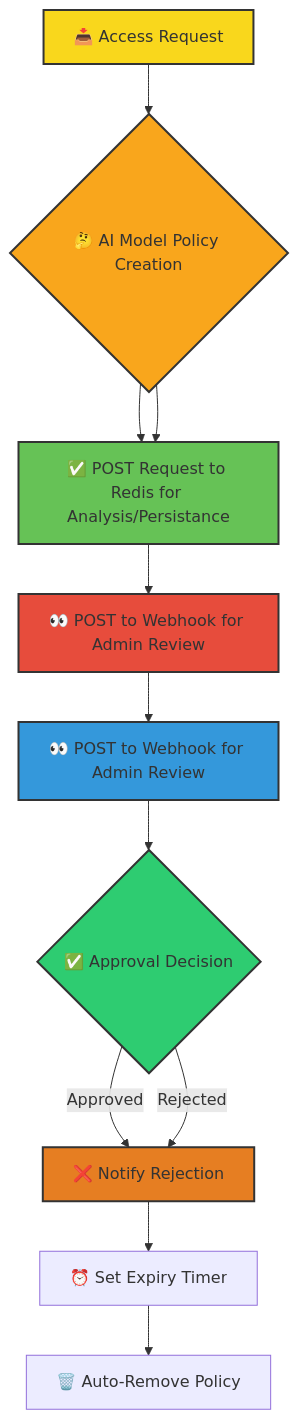
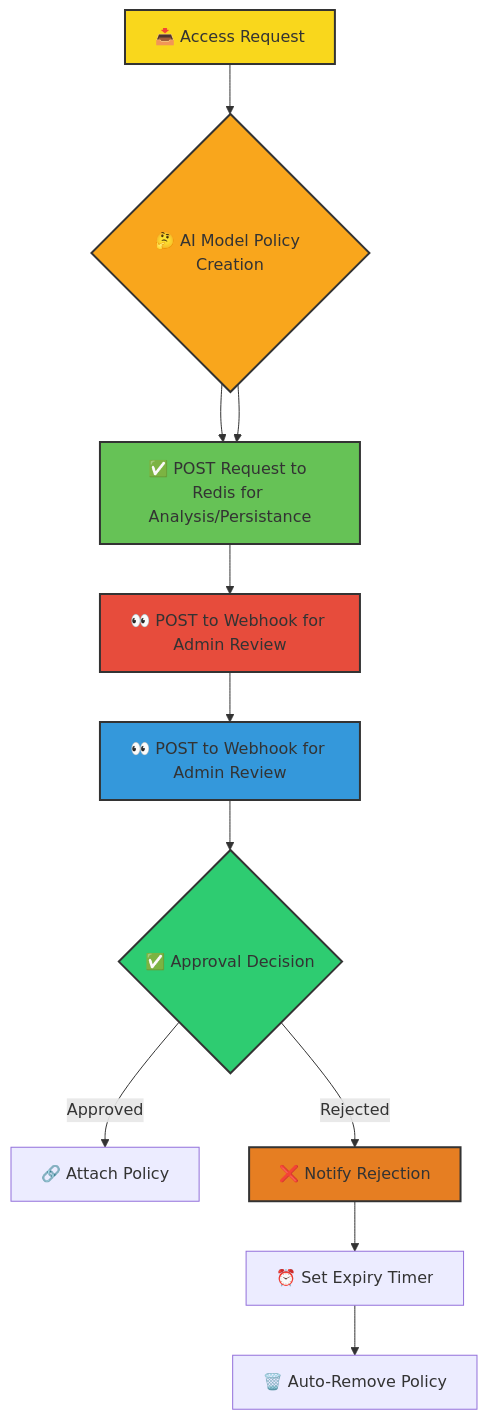
The first of 2 diagrams in teammate/jit_tools/README.md (degrasse-python/kubiya-teammate-tools), drawn with Mermaid before and after one commit.

Commit message:
Try again

````diff
--- a/teammate/jit_tools/README.md
+++ b/teammate/jit_tools/README.md
@@ -23,21 +23,21 @@
 ```mermaid
 graph TD
     A[📥 Access Request] --> B{🤔 AI Model Policy Creation}
     B --> C[📝 Policy Validation - coming soon]
     B --> C[✅ POST Request to Redis for Analysis/Persistance]
     C --> D[👀 POST to Webhook for Admin Review]
     D --> E[👀 POST to Webhook for Admin Review]
     E --> F{✅ Approval Decision}
-    F -->|Approved| G[🔗 Attach Policy]
+    F -->|Approved| J[🔗 Attach Policy]
     F -->|Rejected| G[❌ Notify Rejection]
     G --> H[⏰ Set Expiry Timer]
     H --> I[🗑️ Auto-Remove Policy]
     
     style A fill:#f9d71c,stroke:#333,stroke-width:2px
     style B fill:#f9a61c,stroke:#333,stroke-width:2px
     style C fill:#66c256,stroke:#333,stroke-width:2px
     style D fill:#e74c3c,stroke:#333,stroke-width:2px
     style E fill:#3498db,stroke:#333,stroke-width:2px
     style F fill:#2ecc71,stroke:#333,stroke-width:2px
     style G fill:#e67e22,stroke:#333,stroke-width:2px
 ```
````
